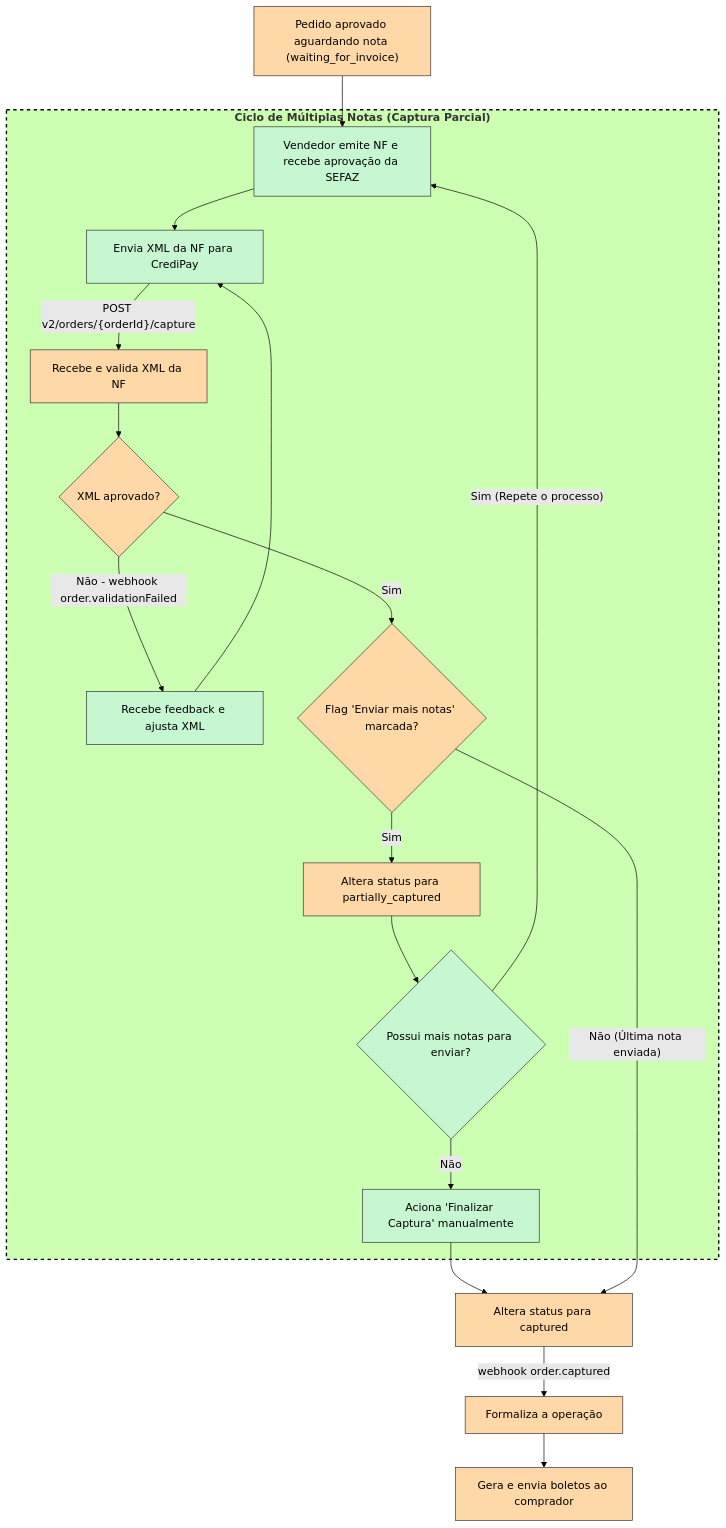
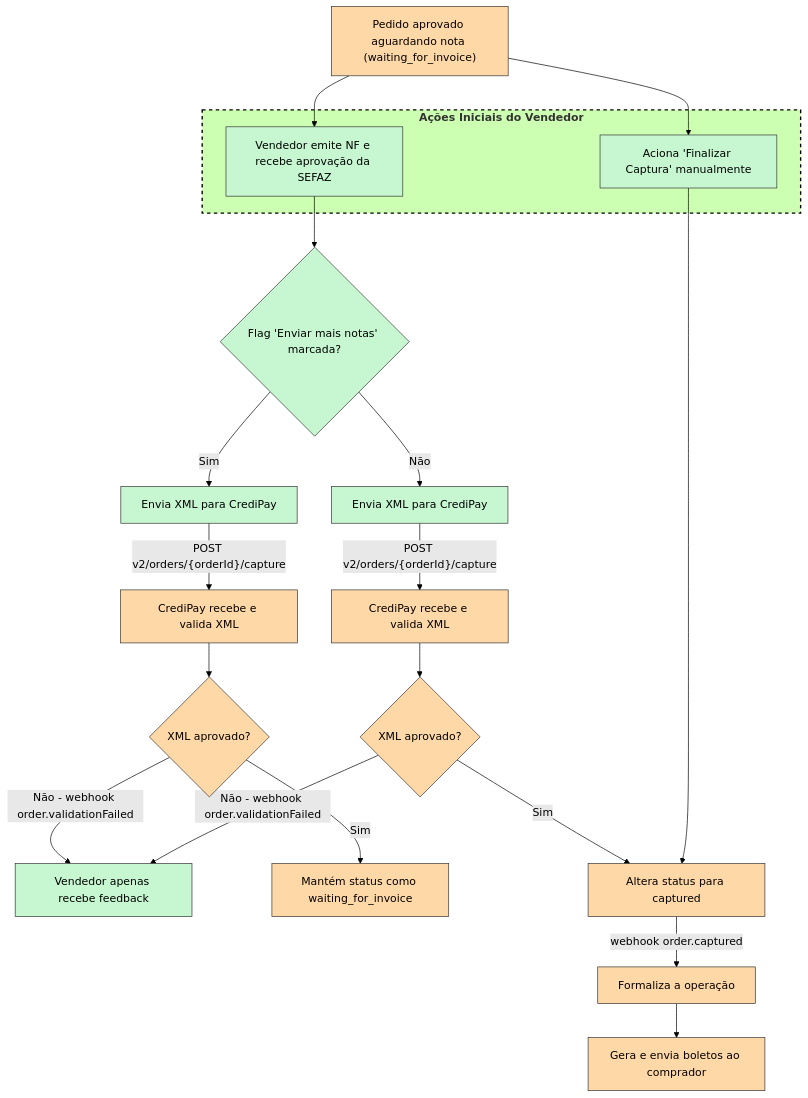
The diagram in docs/INTEGRAÇÃO COMPLETA/módulos-de-integração-1/adicional-múltiplas-notas-fiscais-por-pedido.md (credix-finance/credipay-rdme-docs), drawn with Mermaid (forest theme) before and after one commit.

Commit message:
Update doc `adicional-múltiplas-notas-fiscais-por-pedido`

````diff
--- a/docs/INTEGRAÇÃO COMPLETA/módulos-de-integração-1/adicional-múltiplas-notas-fiscais-por-pedido.md
+++ b/docs/INTEGRAÇÃO COMPLETA/módulos-de-integração-1/adicional-múltiplas-notas-fiscais-por-pedido.md
@@ -10,58 +10,58 @@
 ```mermaid
 flowchart TD
     n1["Pedido aprovado aguardando nota (waiting_for_invoice)"]
-    
-    subgraph s1["<b>Ciclo de Múltiplas Notas (Captura Parcial)</b>"]
+
+    subgraph s1["<b>Ações Iniciais do Vendedor</b>"]
         n2["Vendedor emite NF e recebe aprovação da SEFAZ"]
-        n3["Envia XML da NF para CrediPay"]
-        n4["Recebe e valida XML da NF"]
-        n5{"XML aprovado?"}
-        n6["Recebe feedback e ajusta XML"]
-        n7{"Flag 'Enviar mais notas' marcada?"}
-        n8["Altera status para partially_captured"]
-        n9{"Possui mais notas para enviar?"}
         n10["Aciona 'Finalizar Captura' manualmente"]
     end
-    
-    n11["Altera status para captured"]
-    n12["Formaliza a operação"]
-    n13["Gera e envia boletos ao comprador"]
 
     n1 --> n2
-    n2 --> n3
-    n3 -- POST v2/orders/{orderId}/capture --> n4
-    n4 --> n5
-    n5 -- "Não - webhook order.validationFailed" --> n6
-    n6 --> n3
-    n5 -- "Sim" --> n7
+    n1 --> n10
+
+    %% Validação da Flag ANTES de enviar para a CrediPay
+    n2 --> n7{"Flag 'Enviar mais notas' marcada?"}
+
+    %% Caminho SIM: Mantém em waiting_for_invoice
+    n7 -- "Sim" --> n3a["Envia XML para CrediPay"]
+    n3a -- POST v2/orders/{orderId}/capture --> n4a["CrediPay recebe e valida XML"]
+    n4a --> n5a{"XML aprovado?"}
+    n5a -- "Não - webhook order.validationFailed" --> n6["Vendedor apenas recebe feedback"]
+    n5a -- "Sim" --> n8["Mantém status como waiting_for_invoice"]
     
-    n7 -- "Sim" --> n8
-    n8 --> n9
-    n9 -- "Sim (Repete o processo)" --> n2
-    n9 -- "Não" --> n10
+    %% Caminho NÃO: Segue para finalização
+    n7 -- "Não" --> n3b["Envia XML para CrediPay"]
+    n3b -- POST v2/orders/{orderId}/capture --> n4b["CrediPay recebe e valida XML"]
+    n4b --> n5b{"XML aprovado?"}
+    n5b -- "Não - webhook order.validationFailed" --> n6
+    n5b -- "Sim" --> n11["Altera status para captured"]
+
+    %% Caminho do Botão Manual
     n10 --> n11
-    
-    n7 -- "Não (Última nota enviada)" --> n11
-    
-    n11 -- "webhook order.captured" --> n12
-    n12 --> n13
 
+    %% Conclusão do Pedido
+    n11 -- "webhook order.captured" --> n12["Formaliza a operação"]
+    n12 --> n13["Gera e envia boletos ao comprador"]
+
+    %% Estilização e Cores
     n1:::credipay
     n2:::vendedor
-    n3:::vendedor
-    n4:::credipay
-    n5:::credipay
+    n10:::vendedor
+    n7:::vendedor
+    n3a:::vendedor
+    n4a:::credipay
+    n5a:::credipay
+    n8:::credipay
+    n3b:::vendedor
+    n4b:::credipay
+    n5b:::credipay
     n6:::vendedor
-    n7:::credipay
-    n8:::credipay
-    n9:::vendedor
-    n10:::vendedor
     n11:::credipay
     n12:::credipay
     n13:::credipay
 
     classDef vendedor fill:#C6F7D0,stroke:#333,stroke-width:1px,color:#000;
     classDef comprador fill:#C6F7D0,stroke:#333,stroke-width:1px,color:#000;
     classDef credipay fill:#FFD8A8,stroke:#333,stroke-width:1px,color:#000;
     style s1 stroke:#000000,stroke-width:2px,stroke-dasharray: 5 5
 ```
````
